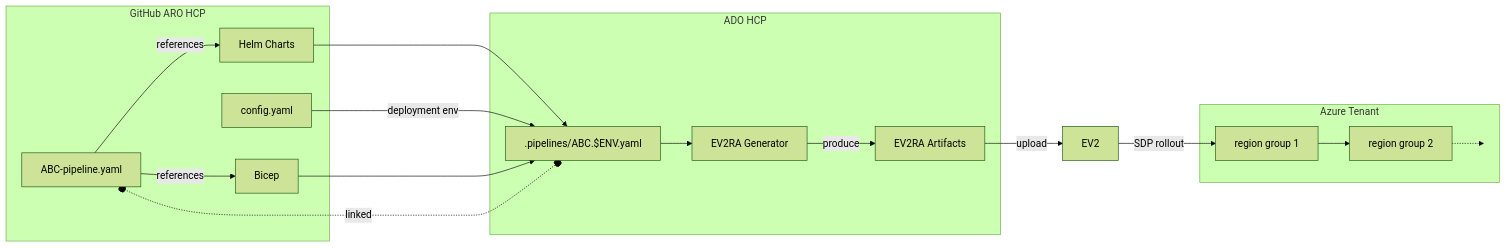
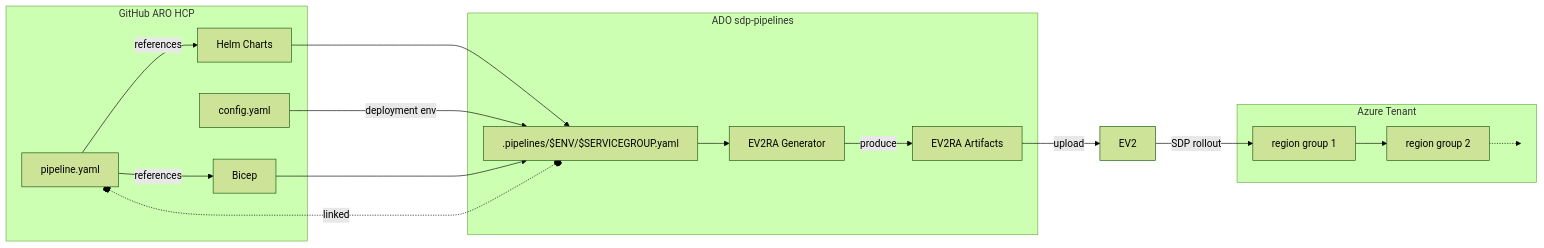
Before and after one commit to Azure/ARO-HCP: the diagram in docs/ev2-deployment.md, drawn with Mermaid (forest theme). The commit also changed other lines of this file and 5 other files, not shown here.

First line of the commit message:
update ev2 documentation to incorporate ADO sdp-pipelines

````diff
--- a/docs/ev2-deployment.md
+++ b/docs/ev2-deployment.md
@@ -19,36 +19,36 @@
 ```mermaid
 ---
 config:
   layout: dagre
 ---
 flowchart LR
  subgraph github_aro_hcp["GitHub ARO HCP"]
-        pipeline_yaml["ABC-pipeline.yaml"]
+        pipeline_yaml["pipeline.yaml"]
         bicep["Bicep"]
         helm_charts["Helm Charts"]
         config["config.yaml"]
   end
- subgraph ado_hcp["ADO HCP"]
-        ado_pipeline[".pipelines/ABC.$ENV.yaml"]
+ subgraph ado_hcp["ADO sdp-pipelines"]
+        ado_pipeline[".pipelines/$ENV/$SERVICEGROUP.yaml"]
         ev2ra_gen["EV2RA Generator"]
         ev2ra_artifacts["EV2RA Artifacts"]
   end
  subgraph azure_tenant["Azure Tenant"]
         region_1["region group 1"]
         region_2["region group 2"]
         region_3["region group 3"]
   end
   pipeline_yaml -- references --> bicep & helm_charts
   ev2ra_gen -- produce --> ev2ra_artifacts
   ev2ra_artifacts -- upload --> ev2["EV2"]
   helm_charts --> ado_pipeline
   config -- deployment env --> ado_pipeline
   bicep --> ado_pipeline
   ado_pipeline --> ev2ra_gen
   ev2 -- SDP rollout --> region_1
   region_1 --> region_2
   region_2 -.-> region_3
   ado_pipeline o-. linked ...-o pipeline_yaml
   region_3:::hidden
   classDef hidden display: none
 ```
````
